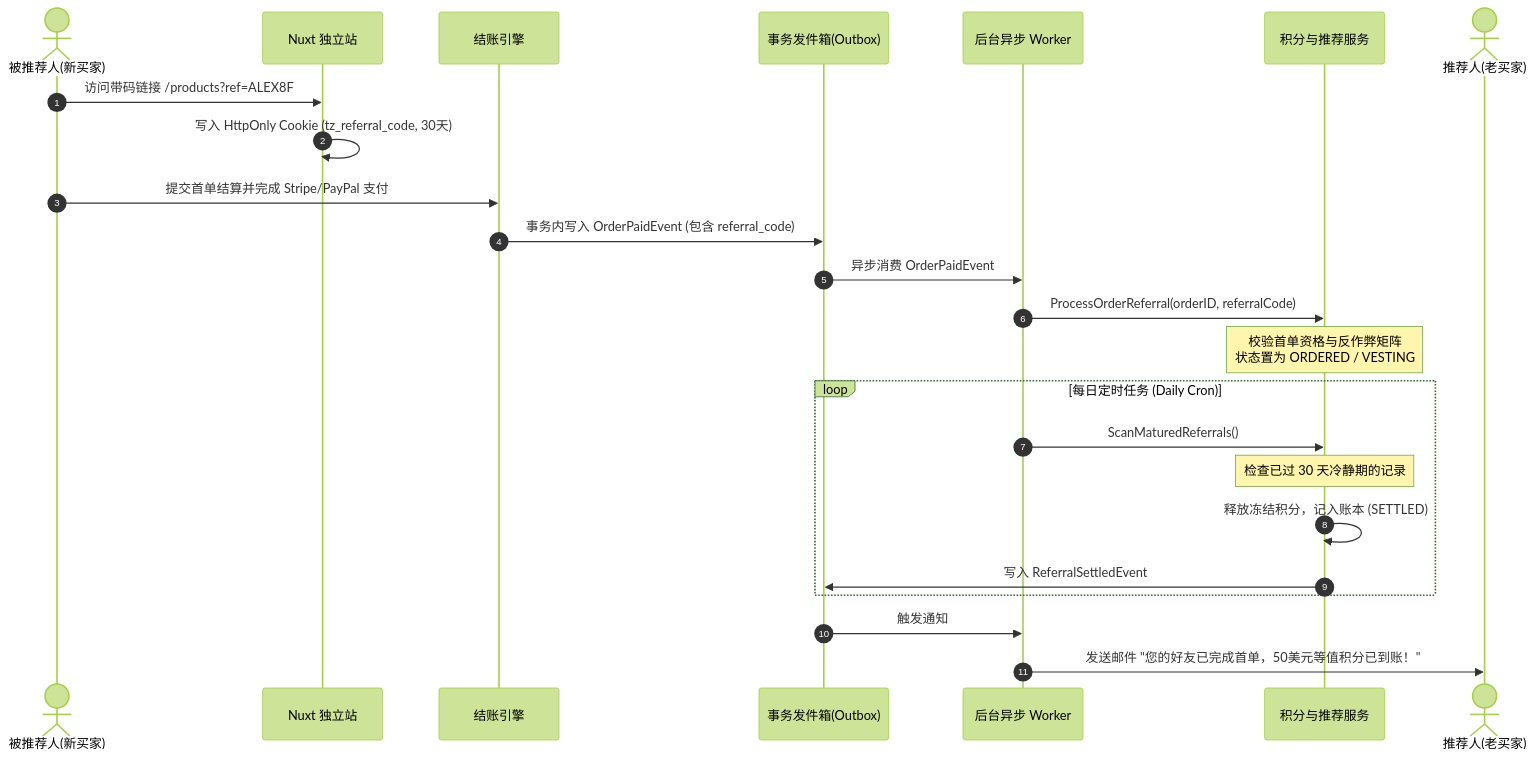
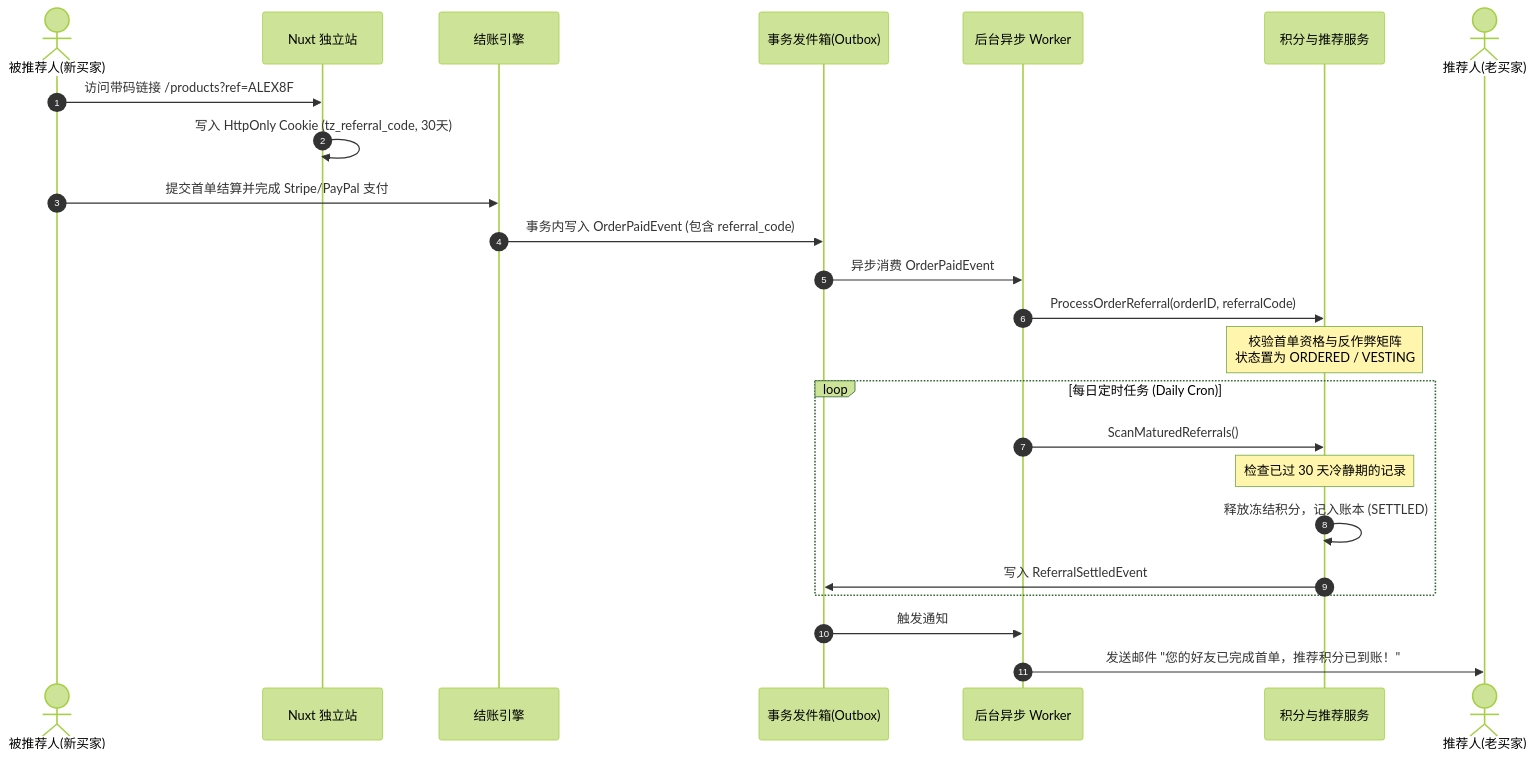
Before and after one commit to tanzanite2025/H-gripe-theme: the second of 3 diagrams in docs/design/referral-reward-system-longterm-architecture.md, drawn with Mermaid (forest theme). The commit also changed other lines of this file and 1073 other files, not shown here.

````diff
--- a/docs/design/referral-reward-system-longterm-architecture.md
+++ b/docs/design/referral-reward-system-longterm-architecture.md
@@ -224,28 +231,28 @@
 ```mermaid
 sequenceDiagram
     autonumber
     actor Referee as 被推荐人(新买家)
     participant Storefront as Nuxt 独立站
     participant Checkout as 结账引擎
     participant Outbox as 事务发件箱(Outbox)
     participant Worker as 后台异步 Worker
     participant Loyalty as 积分与推荐服务
     actor Referrer as 推荐人(老买家)
 
     Referee->>Storefront: 访问带码链接 /products?ref=ALEX8F
     Storefront->>Storefront: 写入 HttpOnly Cookie (tz_referral_code, 30天)
     Referee->>Checkout: 提交首单结算并完成 Stripe/PayPal 支付
     Checkout->>Outbox: 事务内写入 OrderPaidEvent (包含 referral_code)
     Outbox->>Worker: 异步消费 OrderPaidEvent
     Worker->>Loyalty: ProcessOrderReferral(orderID, referralCode)
     Note over Loyalty: 校验首单资格与反作弊矩阵<br/>状态置为 ORDERED / VESTING
     
     loop 每日定时任务 (Daily Cron)
         Worker->>Loyalty: ScanMaturedReferrals()
         Note over Loyalty: 检查已过 30 天冷静期的记录
         Loyalty->>Loyalty: 释放冻结积分，记入账本 (SETTLED)
         Loyalty->>Outbox: 写入 ReferralSettledEvent
     end
     Outbox->>Worker: 触发通知
-    Worker->>Referrer: 发送邮件 "您的好友已完成首单，50美元等值积分已到账！"
+    Worker->>Referrer: 发送邮件 "您的好友已完成首单，推荐积分已到账！"
 ```
````
